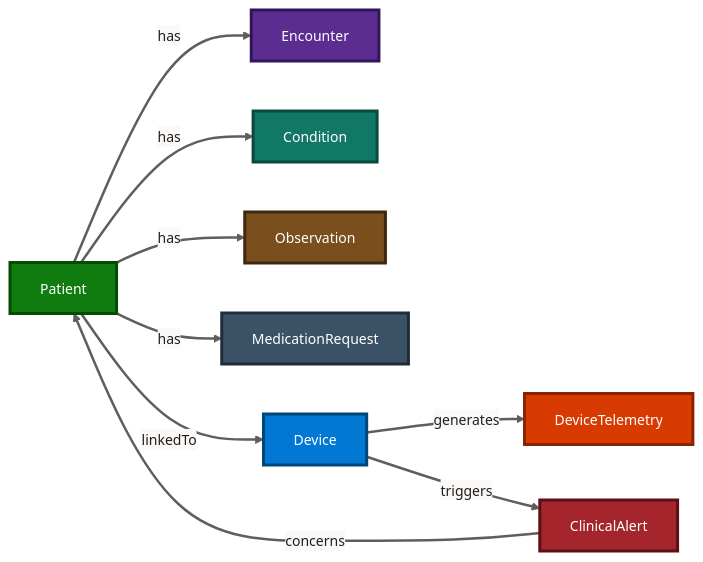
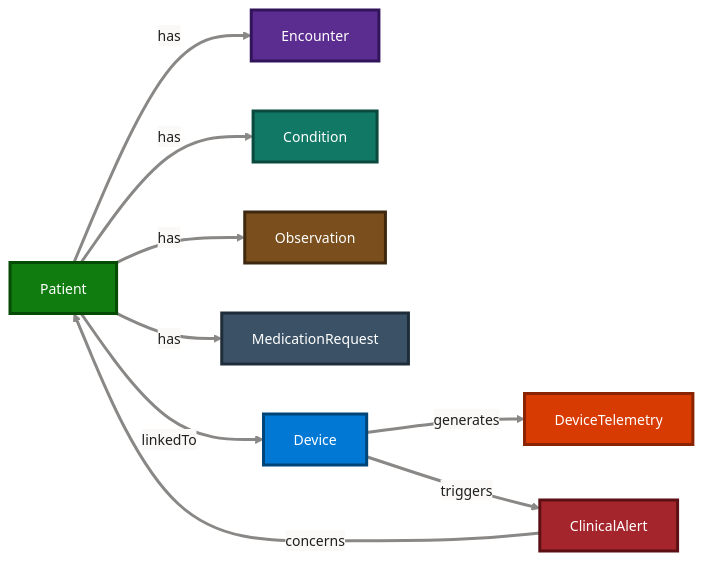
The fourth of 4 diagrams in README.md (michaelhuot-msft/med-device-fabric-emulator), drawn with Mermaid before and after one commit. The commit also changed other lines of this file, not shown here.

First line of the commit message:
docs: lighten mermaid connector lines for dark-mode visibility

````diff
--- a/README.md
+++ b/README.md
@@ -333,22 +333,22 @@
 ```mermaid
-%%{init: {'theme':'base','themeVariables':{'fontSize':'14px','lineColor':'#605E5C','primaryTextColor':'#201F1E','edgeLabelBackground':'#FAF9F8'}}}%%
+%%{init: {'theme':'base','themeVariables':{'fontSize':'14px','lineColor':'#8A8886','primaryTextColor':'#201F1E','edgeLabelBackground':'#FAF9F8'}}}%%
 graph LR
     Patient -->|has| Encounter
     Patient -->|has| Condition
     Patient -->|has| Observation
     Patient -->|has| MedicationRequest
     Patient -->|linkedTo| Device
     Device -->|generates| DeviceTelemetry
     Device -->|triggers| ClinicalAlert
     ClinicalAlert -->|concerns| Patient
 
     style Patient fill:#107C10,stroke:#054B05,stroke-width:3px,color:#FFFFFF
     style Device fill:#0078D4,stroke:#004578,stroke-width:3px,color:#FFFFFF
     style DeviceTelemetry fill:#D83B01,stroke:#8A2400,stroke-width:3px,color:#FFFFFF
     style ClinicalAlert fill:#A4262C,stroke:#5C0F14,stroke-width:3px,color:#FFFFFF
     style Encounter fill:#5C2D91,stroke:#32145A,stroke-width:3px,color:#FFFFFF
     style Condition fill:#117865,stroke:#0A4A3E,stroke-width:3px,color:#FFFFFF
     style Observation fill:#7A4F1D,stroke:#3E2810,stroke-width:3px,color:#FFFFFF
     style MedicationRequest fill:#3B5266,stroke:#1F2D3A,stroke-width:3px,color:#FFFFFF
-    linkStyle default stroke:#605E5C,stroke-width:2.5px
+    linkStyle default stroke:#8A8886,stroke-width:3px
 ```
````
